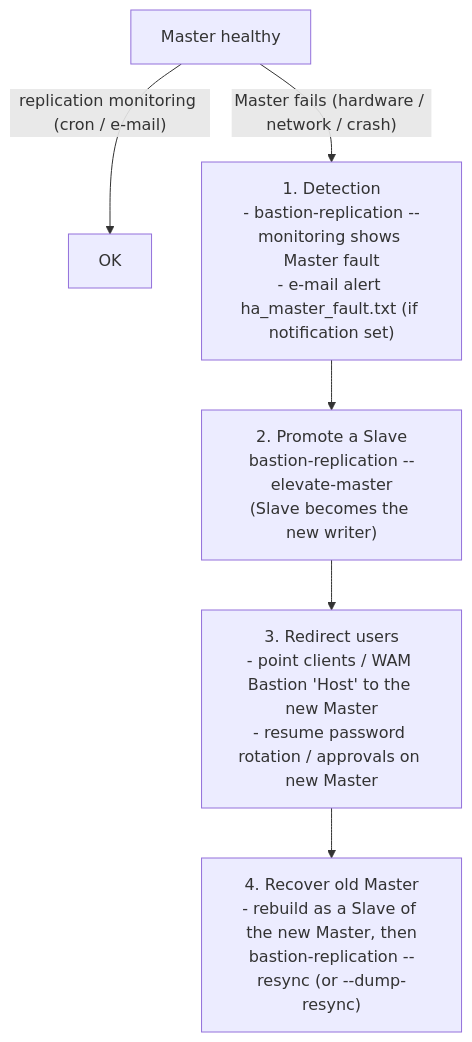
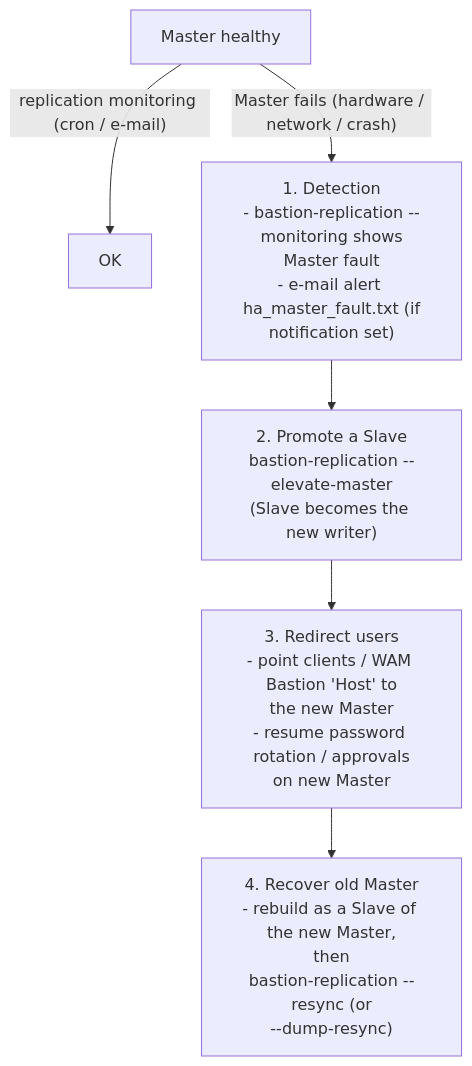
The fifth of 5 diagrams in deep-dives/high-availability-and-dr.md (morandeirachema/WallixCerts), drawn with Mermaid before and after one commit. The commit also changed other lines of this file and 37 other files, not shown here.

First line of the commit message:
Make Mermaid node boxes fit their text (wrap long labels) + enforce it

````diff
--- a/deep-dives/high-availability-and-dr.md
+++ b/deep-dives/high-availability-and-dr.md
@@ -241,8 +241,8 @@
 ```mermaid
 flowchart TD
     Healthy["Master healthy"] -->|"replication monitoring (cron / e-mail)"| OK["OK"]
-    Healthy -->|"Master fails (hardware / network / crash)"| Detect["1. Detection<br/>- bastion-replication --monitoring shows Master fault<br/>- e-mail alert ha_master_fault.txt (if notification set)"]
+    Healthy -->|"Master fails (hardware / network / crash)"| Detect["1. Detection<br/>- bastion-replication --monitoring shows<br/>Master fault<br/>- e-mail alert ha_master_fault.txt (if<br/>notification set)"]
     Detect --> Promote["2. Promote a Slave<br/>bastion-replication --elevate-master<br/>(Slave becomes the new writer)"]
-    Promote --> Redirect["3. Redirect users<br/>- point clients / WAM Bastion 'Host' to the new Master<br/>- resume password rotation / approvals on new Master"]
-    Redirect --> Recover["4. Recover old Master<br/>- rebuild as a Slave of the new Master, then<br/>bastion-replication --resync (or --dump-resync)"]
+    Promote --> Redirect["3. Redirect users<br/>- point clients / WAM Bastion 'Host' to<br/>the new Master<br/>- resume password rotation / approvals<br/>on new Master"]
+    Redirect --> Recover["4. Recover old Master<br/>- rebuild as a Slave of the new Master,<br/>then<br/>bastion-replication --resync (or<br/>--dump-resync)"]
 ```
````
